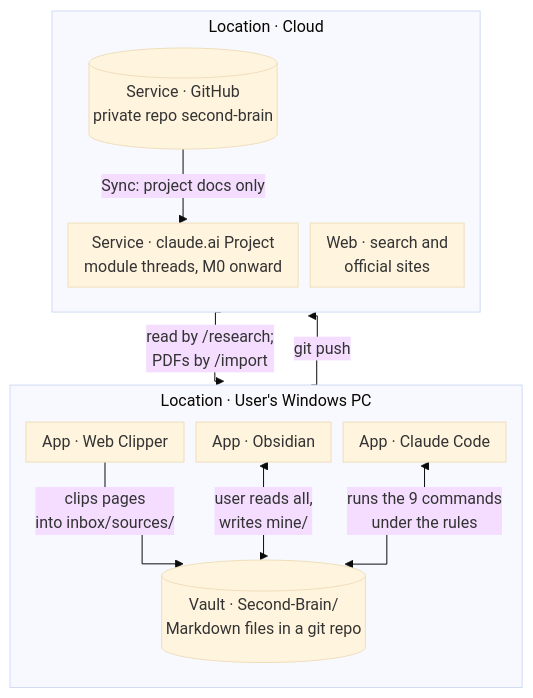
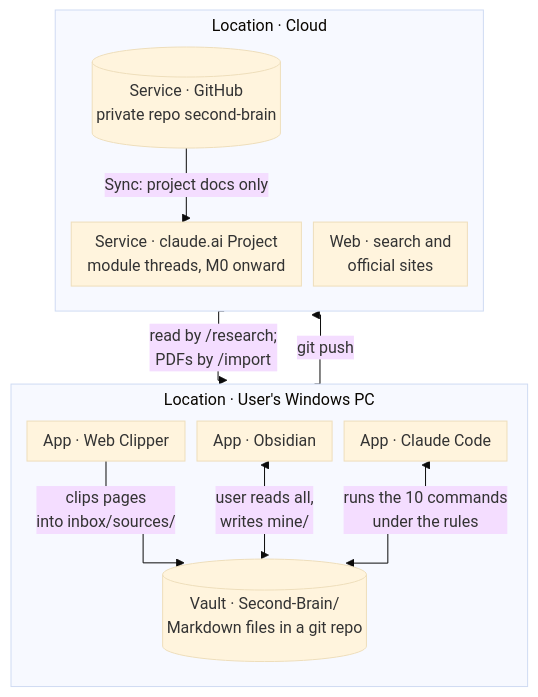
The first of 21 diagrams in mine/projects/thinking-system/20 Product Requirements.md (quocnguyen13/second-brain), drawn with Mermaid (base theme) before and after one commit. The commit also changed other lines of this file and 10 other files, not shown here.

````diff
--- a/mine/projects/thinking-system/20 Product Requirements.md
+++ b/mine/projects/thinking-system/20 Product Requirements.md
@@ -89,23 +90,23 @@
 ```mermaid
 %%{init: {"flowchart": {"curve": "step", "useMaxWidth": true, "nodeSpacing": 12, "rankSpacing": 25, "padding": 8, "subGraphTitleMargin": {"top": 4, "bottom": 8}}}}%%
 flowchart TB
     subgraph PC["Location · User's Windows PC"]
         direction TB
         WC["App · Web Clipper"]
         OB["App · Obsidian"]
         CC["App · Claude Code"]
         VT[("Vault · Second-Brain/<br/>Markdown files in a git repo")]
     end
     subgraph CL["Location · Cloud"]
         direction TB
         GH[("Service · GitHub<br/>private repo second-brain")]
         PJ["Service · claude.ai Project<br/>module threads, M0 onward"]
         WB["Web · search and<br/>official sites"]
     end
     WC -->|"clips pages<br/>into inbox/sources/"| VT
     OB <-->|"user reads all,<br/>writes mine/"| VT
-    CC <-->|"runs the 9 commands<br/>under the rules"| VT
+    CC <-->|"runs the 10 commands<br/>under the rules"| VT
     WB -->|"read by /research;<br/>PDFs by /import"| CC
     VT -->|"git push"| GH
     GH -->|"Sync: project docs only"| PJ
 ```
````
